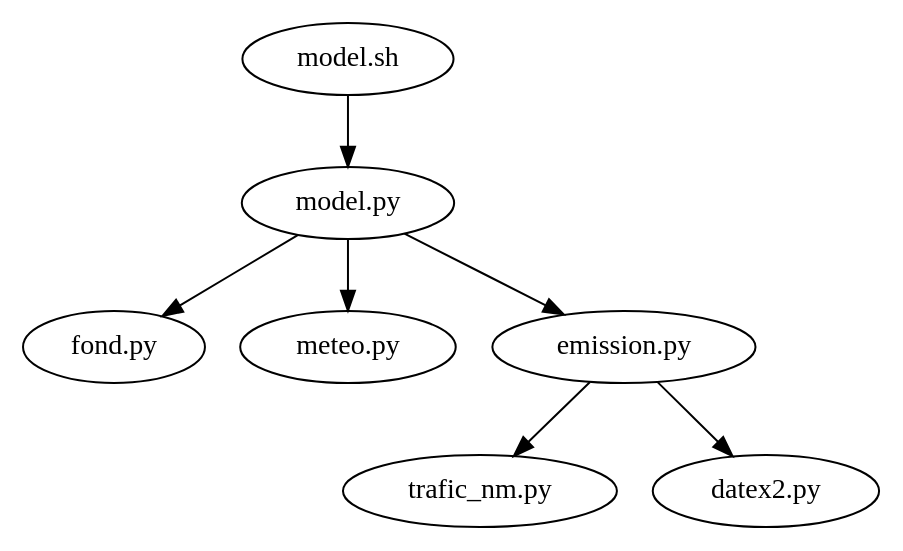
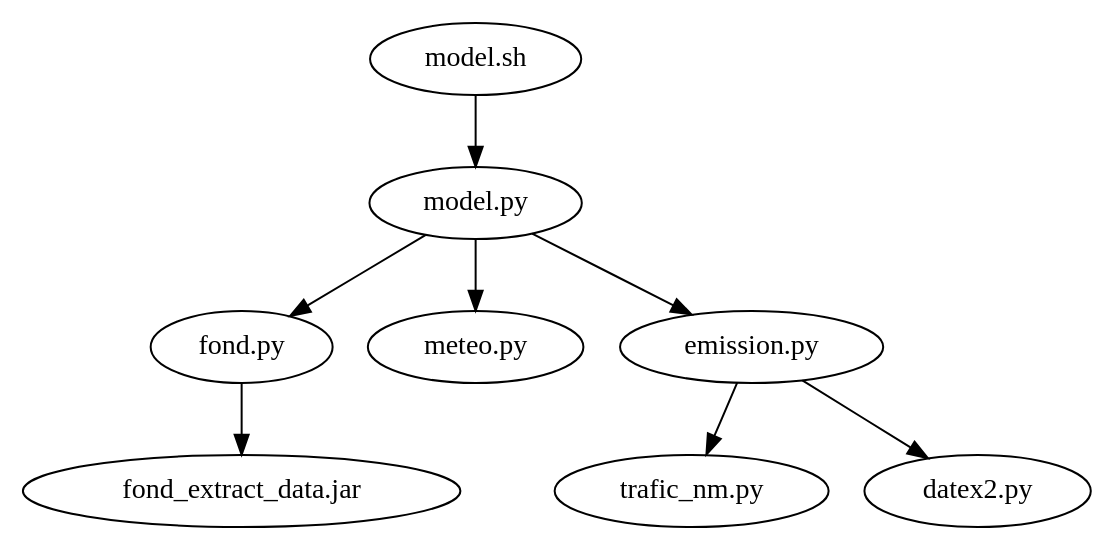
Before and after one commit to MintFr/captation: the diagram in README.md, drawn with Graphviz. The commit also changed other lines of this file and 3 other files, not shown here.

````diff
--- a/README.md
+++ b/README.md
@@ -13,20 +13,23 @@
 ```dot
 digraph G {
     model_sh [label = "model.sh"]
     model [ label = "model.py"]
     fond [label = "fond.py"]
     meteo [label = "meteo.py"]
     emission [label = "emission.py"]
     trafic_nm [label = "trafic_nm.py"]
     datex2 [label = "datex2.py"]
+    fond_extract_data [label = "fond_extract_data.jar"]
     
     model_sh -> model
 
     model -> fond
     model -> meteo
     model -> emission
 
     emission -> trafic_nm
     emission -> datex2
+
+    fond -> fond_extract_data
 }
 ```
````
